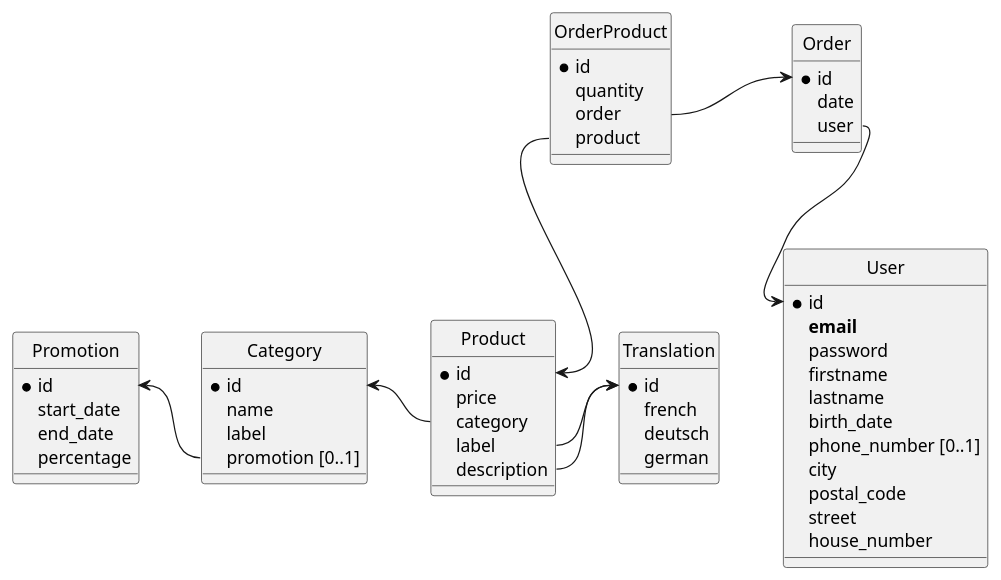
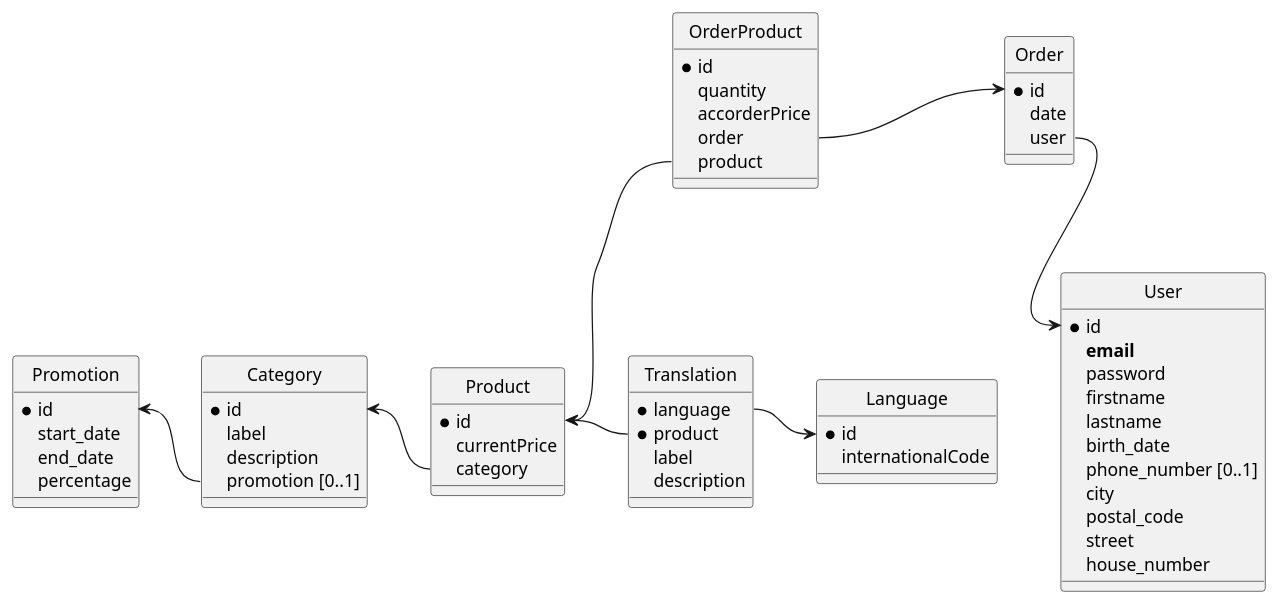
The diagram in schema/logic.puml (ThibBer/SportProducts), drawn with PlantUML before and after one commit. The commit also changed 1 other file, not shown here.

Commit message:
Update plantuml diagram

```diff
--- a/schema/logic.puml
+++ b/schema/logic.puml
@@ -1,69 +1,72 @@
 @startuml
 hide circle
 
 entity User {
     * id
     **email**
     password
     firstname
     lastname
     birth_date
     phone_number [0..1]
     city
     postal_code
     street
     house_number
 }
 
 entity Category {
     * id
-    name
     label
+    description
     promotion [0..1]
 }
 
 entity Product  {
     * id
-    price
+    currentPrice
     category
-    label
-    description
 }
 
 entity Order {
     *id
     date
     user
 }
 
 entity OrderProduct {
     *id
     quantity
+    accorderPrice
     order
     product
 }
 
+entity Language {
+    *id
+    internationalCode
+}
+
 entity Translation {
-    * id
-    french
-    deutsch
-    german
+    *language
+    *product
+    label
+    description
 }
 
 entity Promotion {
     *id
     start_date
     end_date
     percentage
 }
 
 Order::user --> User::id
 Order::id <-left- OrderProduct::order
 Product::category -left-> Category::id
 OrderProduct::product --> Product::id
 Category::promotion -left-> Promotion::id
 
-Product::label -right--> Translation::id
-Product::description -right-> Translation::id
-
+Translation::language -right-> Language::id
+Translation::product -right-> Product::id
 @enduml
```
